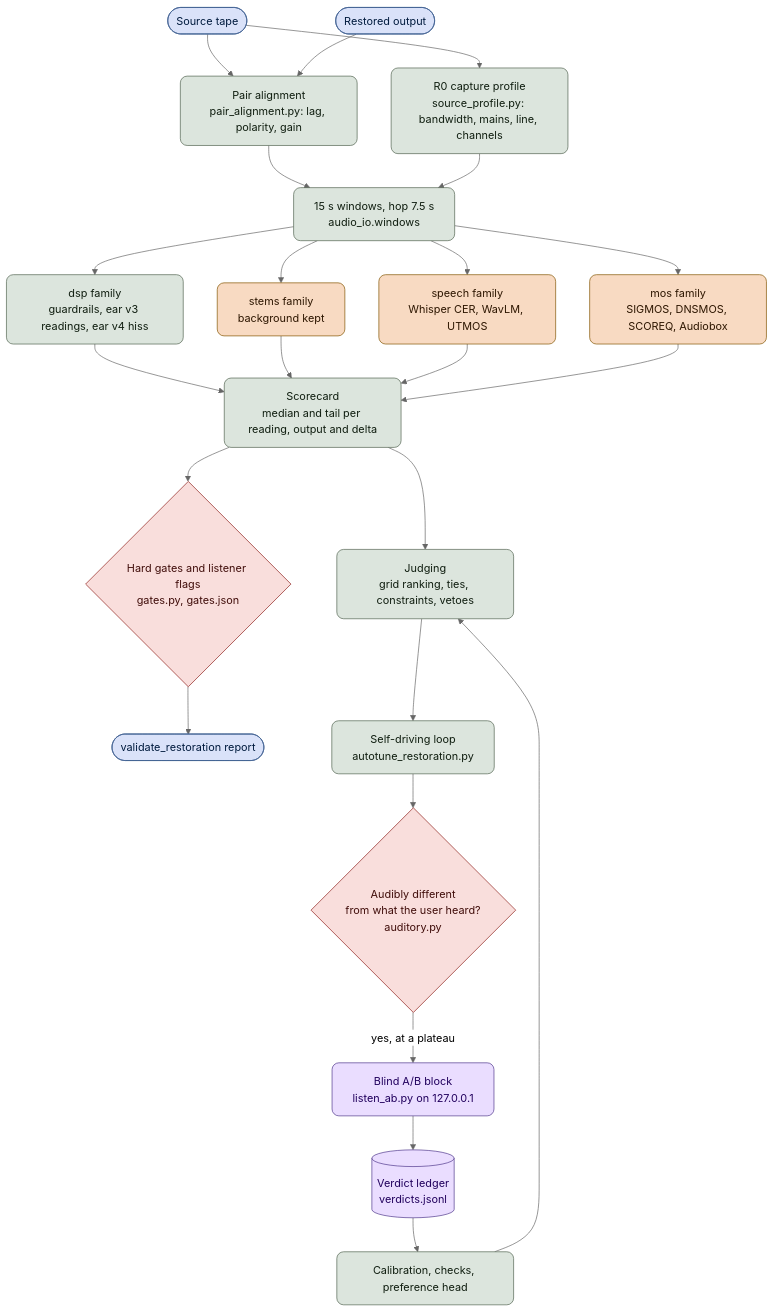
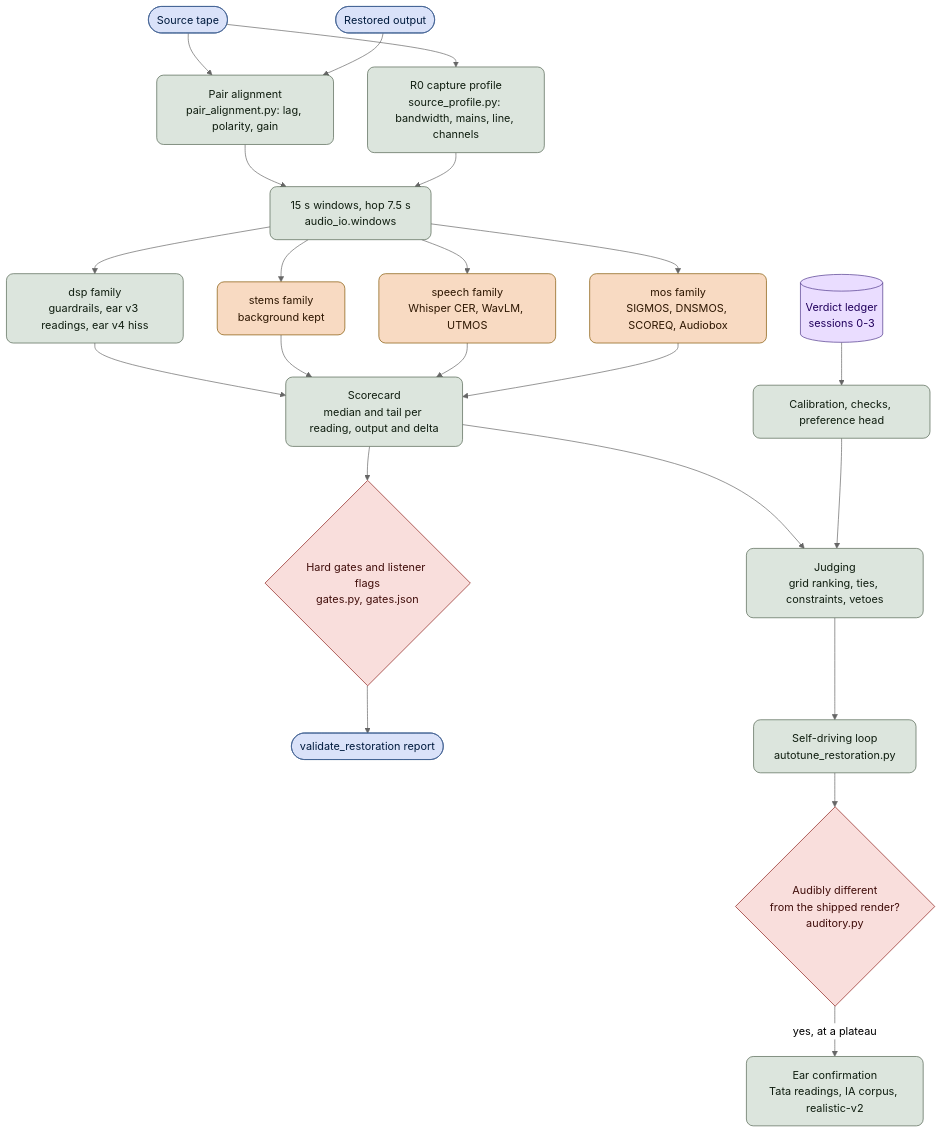
One commit to ventura8/AI-Hybrid-VHS-Audio-Restorer changed the first of 3 diagrams in docs/ai_human_ear_architecture.md. Above: the diagram before and after it, drawn with Mermaid (neutral theme). The commit also changed other lines of this file and 11 other files, not shown here.

````diff
--- a/docs/ai_human_ear_architecture.md
+++ b/docs/ai_human_ear_architecture.md
@@ -35,31 +36,31 @@
 ```mermaid
 flowchart TD
     classDef io fill:#DAE2F9,stroke:#3F5F91,color:#001B3E,rx:30,ry:30;
     classDef step fill:#DCE5DD,stroke:#526350,color:#101E10,rx:10,ry:10;
     classDef ai fill:#F8DAC2,stroke:#825500,color:#2D1600,rx:10,ry:10;
     classDef gate fill:#F9DEDC,stroke:#8C1D18,color:#410E0B,rx:6,ry:6;
     classDef human fill:#EADDFF,stroke:#4F378B,color:#21005D,rx:10,ry:10;
 
     SRC(["Source tape"]):::io --> ALIGN["Pair alignment<br/>pair_alignment.py: lag, polarity, gain"]:::step
     OUT(["Restored output"]):::io --> ALIGN
     SRC --> R0["R0 capture profile<br/>source_profile.py: bandwidth, mains, line, channels"]:::step
     ALIGN --> WIN["15 s windows, hop 7.5 s<br/>audio_io.windows"]:::step
     R0 --> WIN
     WIN --> DSP["dsp family<br/>guardrails, ear v3 readings, ear v4 hiss"]:::step
     WIN --> STEMS["stems family<br/>background kept"]:::ai
     WIN --> SPEECH["speech family<br/>Whisper CER, WavLM, UTMOS"]:::ai
     WIN --> MOS["mos family<br/>SIGMOS, DNSMOS, SCOREQ, Audiobox"]:::ai
     DSP --> AGG["Scorecard<br/>median and tail per reading, output and delta"]:::step
     STEMS --> AGG
     SPEECH --> AGG
     MOS --> AGG
     AGG --> GATES{"Hard gates and listener flags<br/>gates.py, gates.json"}:::gate
     GATES --> REPORT(["validate_restoration report"]):::io
     AGG --> JUDGE["Judging<br/>grid ranking, ties, constraints, vetoes"]:::step
     JUDGE --> LOOP["Self-driving loop<br/>autotune_restoration.py"]:::step
-    LOOP --> AUD{"Audibly different<br/>from what the user heard?<br/>auditory.py"}:::gate
-    AUD -->|yes, at a plateau| AB["Blind A/B block<br/>listen_ab.py on 127.0.0.1"]:::human
-    AB --> LEDGER[("Verdict ledger<br/>verdicts.jsonl")]:::human
+    LOOP --> AUD{"Audibly different<br/>from the shipped render?<br/>auditory.py"}:::gate
+    AUD -->|yes, at a plateau| CONF["Ear confirmation<br/>Tata readings, IA corpus, realistic-v2"]:::step
+    LEDGER[("Verdict ledger<br/>sessions 0-3")]:::human
     LEDGER --> CAL["Calibration, checks, preference head"]:::step
     CAL --> JUDGE
 ```
````
